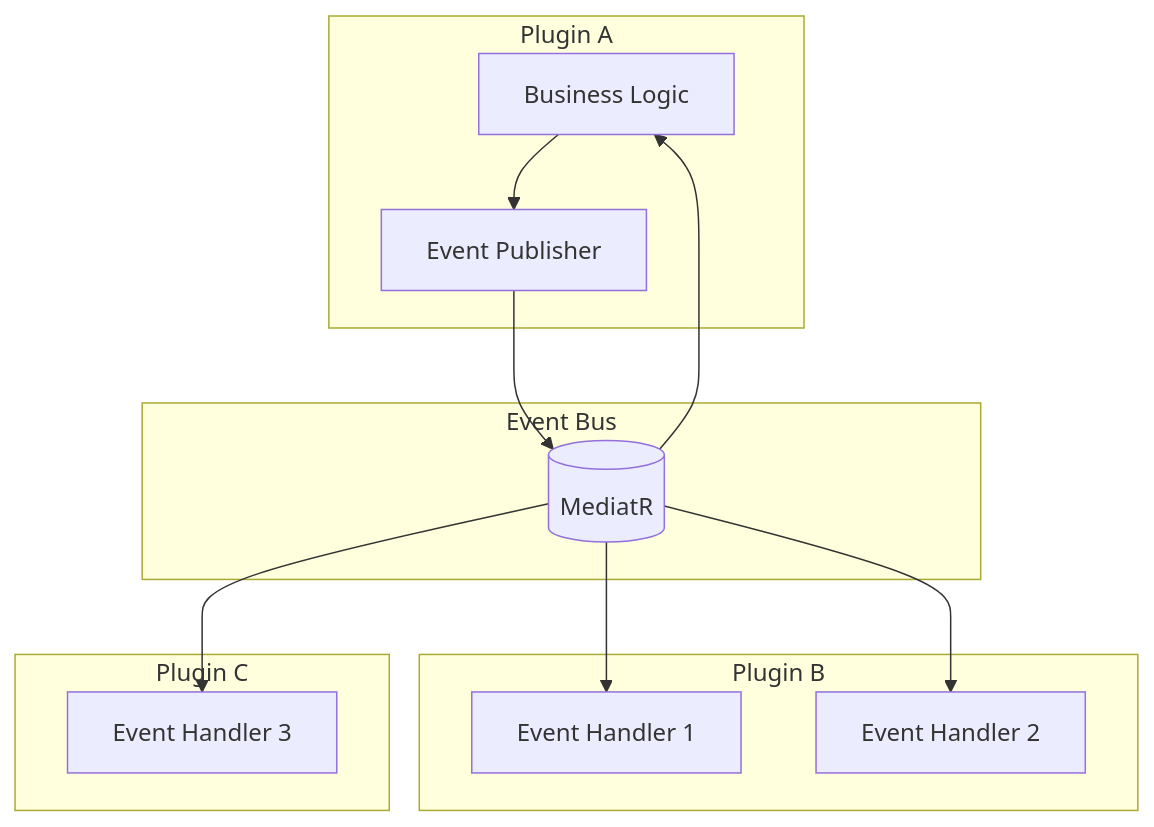
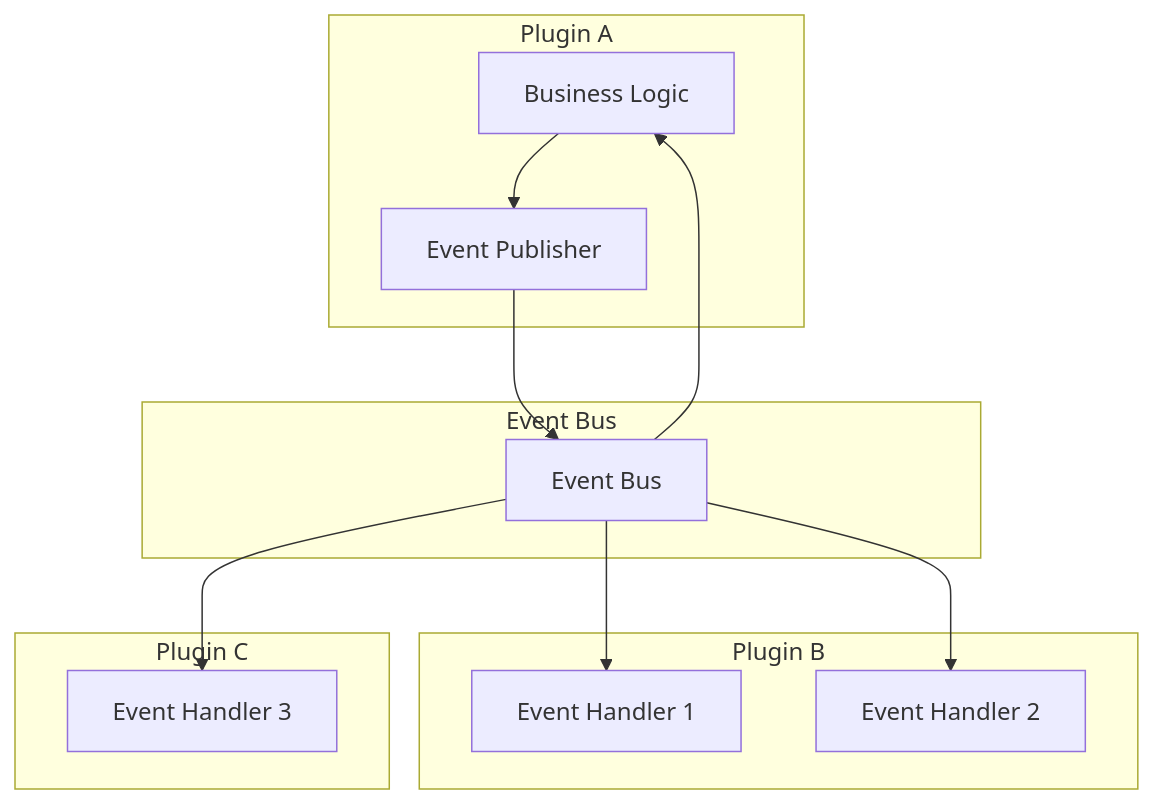
One commit to fluentcms/FluentCMS changed the second of 3 diagrams in src/Infrastructure/Plugins/FluentCMS.Infrastructure.Plugins/memory-bank/systemPatterns.md. Above: the diagram before and after it, drawn with Mermaid. The commit also changed other lines of this file and 14 other files, not shown here.

````diff
--- a/src/Infrastructure/Plugins/FluentCMS.Infrastructure.Plugins/memory-bank/systemPatterns.md
+++ b/src/Infrastructure/Plugins/FluentCMS.Infrastructure.Plugins/memory-bank/systemPatterns.md
@@ -247,28 +247,28 @@
 ```mermaid
 flowchart TD
     subgraph "Plugin A"
         A1[Business Logic]
         A2[Event Publisher]
     end
     
     subgraph "Event Bus"
-        EB[(MediatR)]
+        EB[Event Bus]
     end
     
     subgraph "Plugin B"
         B1[Event Handler 1]
         B2[Event Handler 2]
     end
     
     subgraph "Plugin C"
         C1[Event Handler 3]
     end
     
     A1 --> A2
     A2 --> EB
     EB --> B1
     EB --> B2
     EB --> C1
     
     EB --> A1
 ```
````
